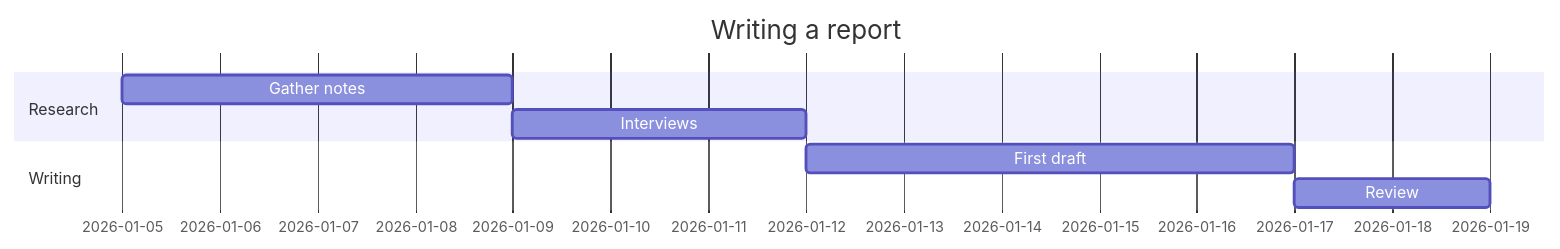
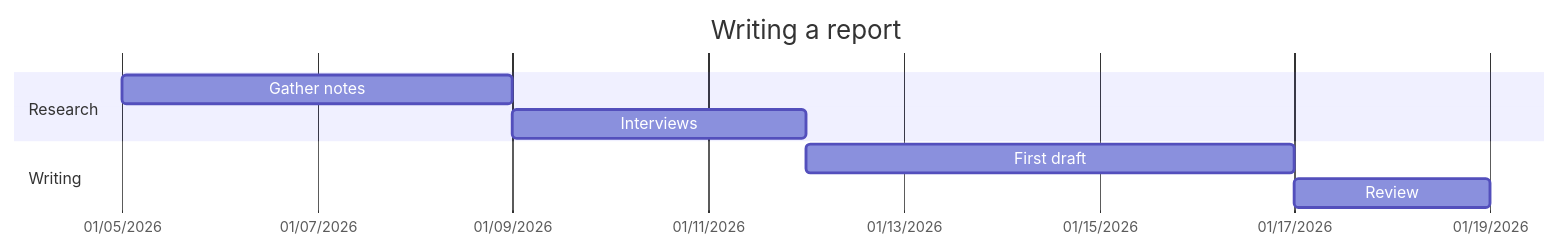
The fifth of 7 diagrams in ui/examples/examples.md (jgrimard/MarkView), drawn with Mermaid before and after one commit. The commit also changed other lines of this file and 17 other files, not shown here.

First line of the commit message:
Add Find to the preview and fix the examples' diagrams and math

````diff
--- a/ui/examples/examples.md
+++ b/ui/examples/examples.md
@@ -682,11 +676,15 @@
 ```mermaid
 gantt
     title Writing a report
+    %% dateFormat = how you type dates below; axisFormat = how the axis shows them
     dateFormat YYYY-MM-DD
+    axisFormat %m/%d/%Y
+    %% Label every other day so the dates don't overlap
+    tickInterval 2day
     section Research
         Gather notes      :a1, 2026-01-05, 4d
         Interviews        :a2, after a1, 3d
     section Writing
         First draft       :b1, after a2, 5d
         Review            :b2, after b1, 2d
 ```
````
